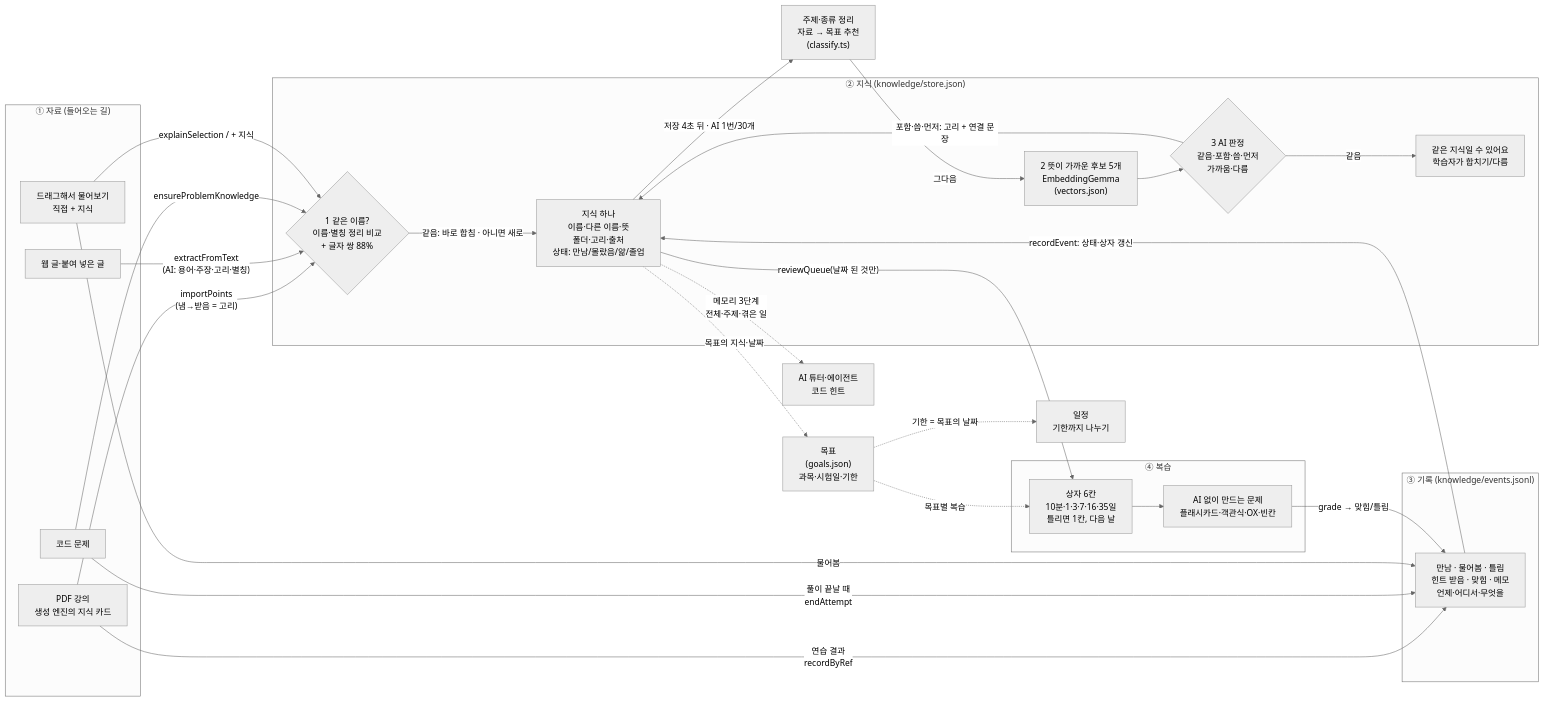
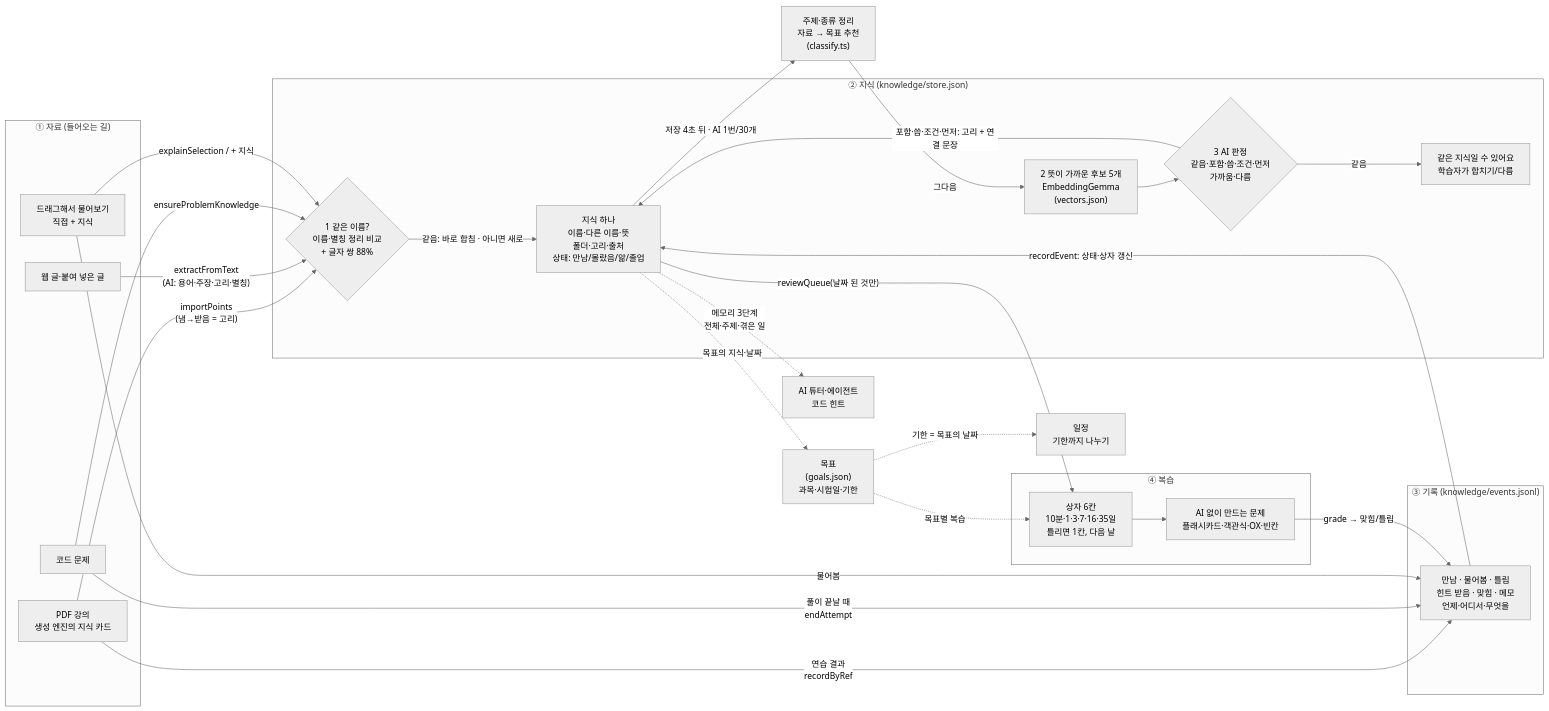
Before and after one commit to starvvolf/EasyMemory: the diagram in docs/지식저장소_파이프라인.md, drawn with Mermaid (neutral theme). The commit also changed other lines of this file and 1 other file, not shown here.

Commit message:
docs: 고리 먼저/조건 결정, 실측 비교
Claude-Session: https://claude.ai/code/session_01C8oRCsJq18U5niWHu8o7V4

````diff
--- a/docs/지식저장소_파이프라인.md
+++ b/docs/지식저장소_파이프라인.md
@@ -7,50 +7,50 @@
 ```mermaid
 flowchart LR
   subgraph IN["① 자료 (들어오는 길)"]
     PDF["PDF 강의<br/>생성 엔진의 지식 카드"]
     WEB["웹 글·붙여 넣은 글"]
     CODE["코드 문제"]
     ASK["드래그해서 물어보기<br/>직접 + 지식"]
   end
 
   subgraph KS["② 지식 (knowledge/store.json)"]
     SAME{"1 같은 이름?<br/>이름·별칭 정리 비교<br/>+ 글자 쌍 88%"}
     ITEM["지식 하나<br/>이름·다른 이름·뜻<br/>폴더·고리·출처<br/>상태: 만남/몰랐음/앎/졸업"]
     VEC["2 뜻이 가까운 후보 5개<br/>EmbeddingGemma<br/>(vectors.json)"]
-    JUDGE{"3 AI 판정<br/>같음·포함·씀·먼저<br/>가까움·다름"}
+    JUDGE{"3 AI 판정<br/>같음·포함·씀·조건·먼저<br/>가까움·다름"}
     DUP["같은 지식일 수 있어요<br/>학습자가 합치기/다름"]
   end
 
   subgraph EV["③ 기록 (knowledge/events.jsonl)"]
     E["만남 · 물어봄 · 틀림<br/>힌트 받음 · 맞힘 · 메모<br/>언제·어디서·무엇을"]
   end
 
   subgraph RV["④ 복습"]
     BOX["상자 6칸<br/>10분·1·3·7·16·35일<br/>틀리면 1칸, 다음 날"]
     Q["AI 없이 만드는 문제<br/>플래시카드·객관식·OX·빈칸"]
   end
 
   PDF -- "importPoints<br/>(냄→받음 = 고리)" --> SAME
   WEB -- "extractFromText<br/>(AI: 용어·주장·고리·별칭)" --> SAME
   CODE -- "ensureProblemKnowledge" --> SAME
   ASK -- "explainSelection / + 지식" --> SAME
   SAME -- "같음: 바로 합침 · 아니면 새로" --> ITEM
   ITEM -- "저장 4초 뒤 · AI 1번/30개" --> CLS["주제·종류 정리<br/>자료 → 목표 추천<br/>(classify.ts)"]
   CLS -- "그다음" --> VEC
   VEC --> JUDGE
   JUDGE -- "같음" --> DUP
-  JUDGE -- "포함·씀·먼저: 고리 + 연결 문장" --> ITEM
+  JUDGE -- "포함·씀·조건·먼저: 고리 + 연결 문장" --> ITEM
 
   PDF -- "연습 결과<br/>recordByRef" --> E
   CODE -- "풀이 끝날 때<br/>endAttempt" --> E
   ASK -- "물어봄" --> E
   E -- "recordEvent: 상태·상자 갱신" --> ITEM
   ITEM -- "reviewQueue(날짜 된 것만)" --> BOX
   BOX --> Q
   Q -- "grade → 맞힘/틀림" --> E
 
   ITEM -. "메모리 3단계<br/>전체·주제·겪은 일" .-> AI["AI 튜터·에이전트<br/>코드 힌트"]
   ITEM -. "목표의 지식·날짜" .-> GOAL["목표<br/>(goals.json)<br/>과목·시험일·기한"]
   GOAL -. "목표별 복습" .-> BOX
   GOAL -. "기한 = 목표의 날짜" .-> PLAN["일정<br/>기한까지 나누기"]
 ```
````
